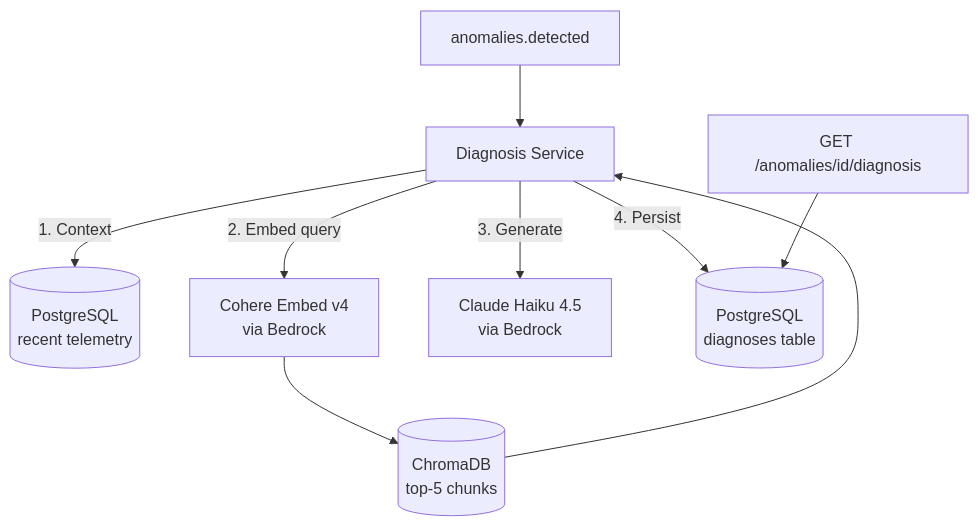
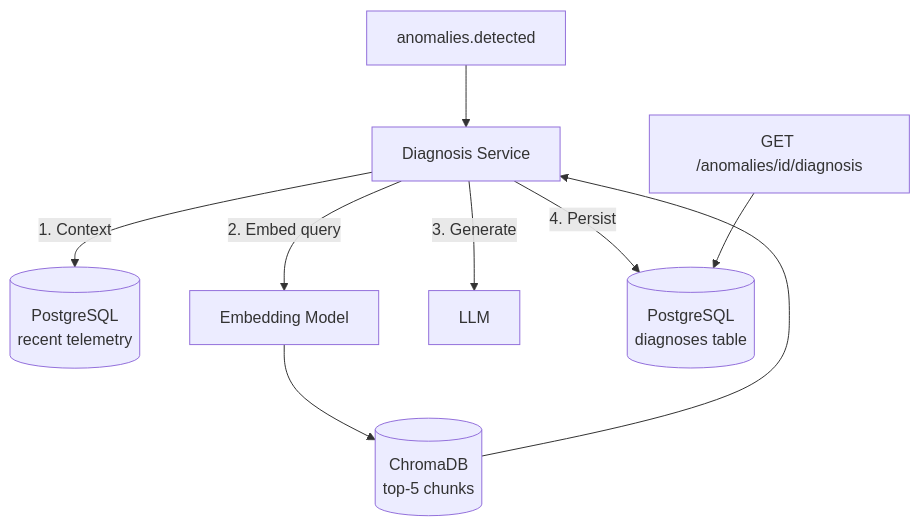
Before and after one commit to lyngotm/telemetry-intel-platform: the third of 3 diagrams in README.md, drawn with Mermaid. The commit also changed other lines of this file and 6 other files, not shown here.

````diff
--- a/README.md
+++ b/README.md
@@ -364,11 +370,11 @@
 ```mermaid
 flowchart TD
     KAFKA[anomalies.detected] --> DS[Diagnosis Service]
     DS -->|1. Context| PG[(PostgreSQL<br/>recent telemetry)]
-    DS -->|2. Embed query| BEDROCK_E[Cohere Embed v4<br/>via Bedrock]
-    BEDROCK_E --> CHROMA[(ChromaDB<br/>top-5 chunks)]
-    DS -->|3. Generate| BEDROCK_G[Claude Haiku 4.5<br/>via Bedrock]
+    DS -->|2. Embed query| CLAUDE_E[Embedding Model]
+    CLAUDE_E --> CHROMA[(ChromaDB<br/>top-5 chunks)]
+    DS -->|3. Generate| CLAUDE_G[LLM]
     CHROMA --> DS
     DS -->|4. Persist| PG2[(PostgreSQL<br/>diagnoses table)]
     API[GET /anomalies/id/diagnosis] --> PG2
 ```
````
